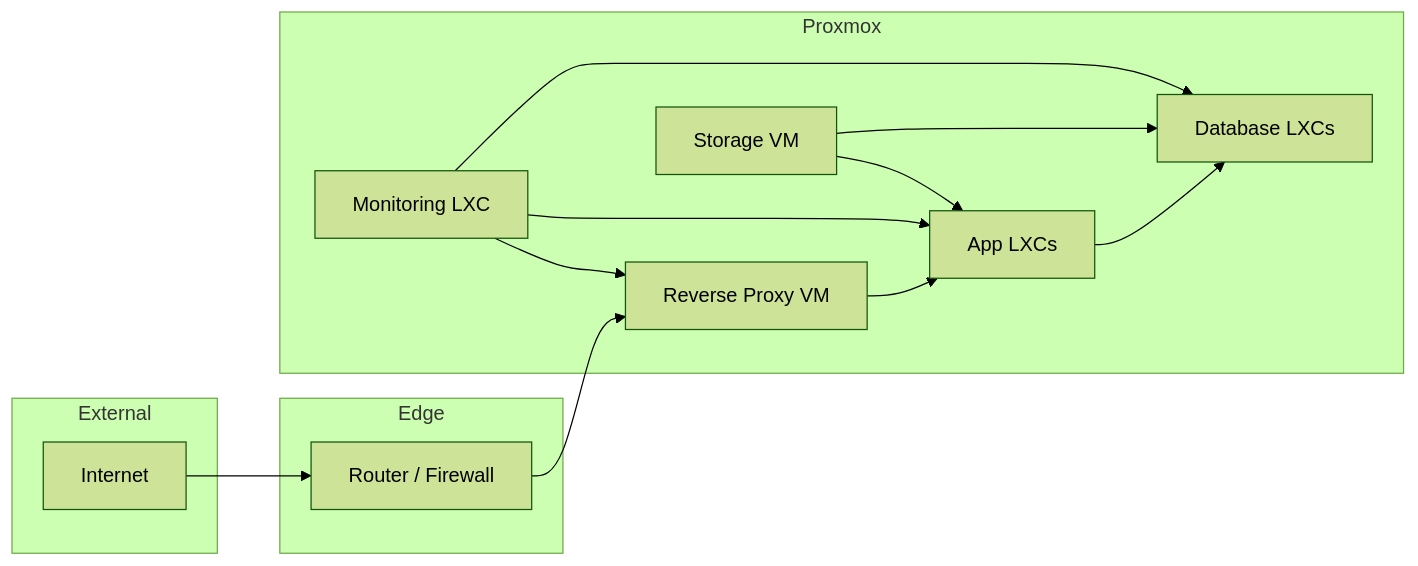
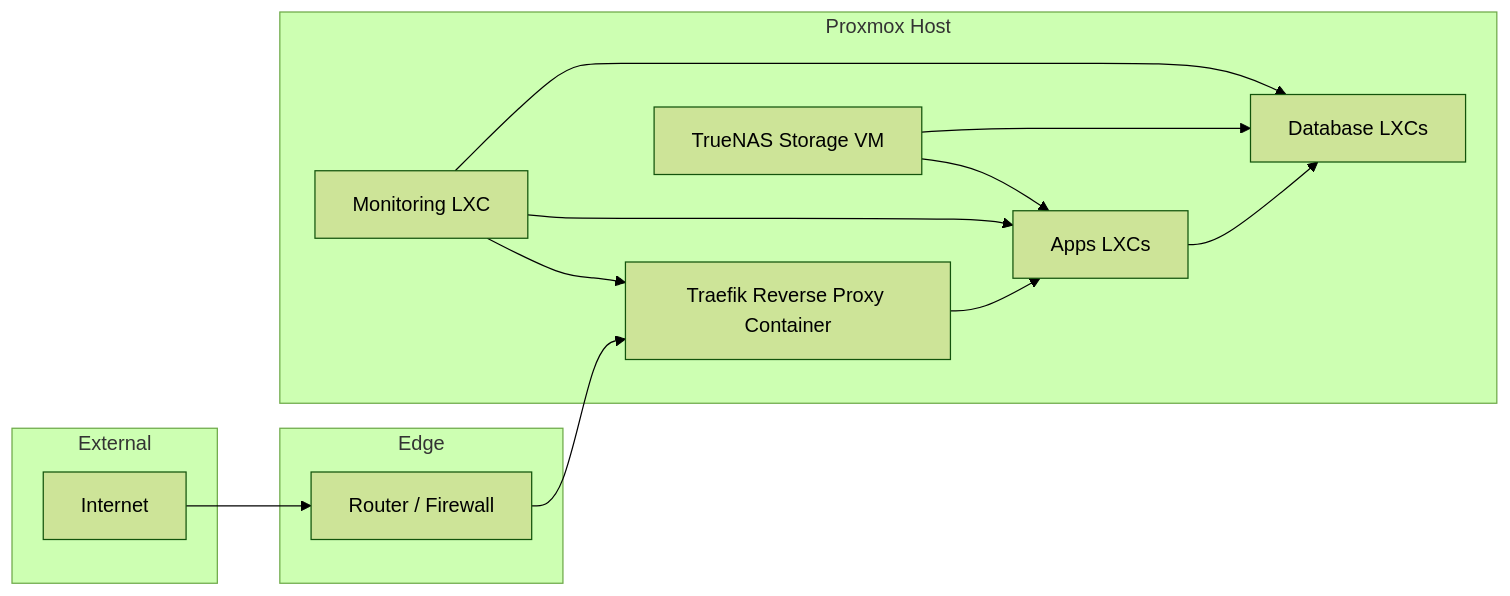
Before and after one commit to Umi4Life/umi4.life: the second of 3 diagrams in content/posts/building-proxmox-homelab/index.md, drawn with Mermaid (forest theme). The commit also changed other lines of this file, not shown here.

````diff
--- a/content/posts/building-proxmox-homelab/index.md
+++ b/content/posts/building-proxmox-homelab/index.md
@@ -200,28 +200,28 @@
 ```mermaid
 flowchart LR
 
     subgraph External
         A[Internet]
     end
 
     subgraph Edge
         B[Router / Firewall]
     end
 
-    subgraph Proxmox
-        C[Reverse Proxy VM]
-        D[App LXCs]
+    subgraph Proxmox Host
+        C[Traefik Reverse Proxy Container]
+        D[Apps LXCs]
         E[Database LXCs]
-        F[Storage VM]
+        F[TrueNAS Storage VM]
         G[Monitoring LXC]
     end
 
     A --> B --> C
     C --> D
     D --> E
     F --> D
     F --> E
     G --> C
     G --> D
     G --> E
   ```
````
